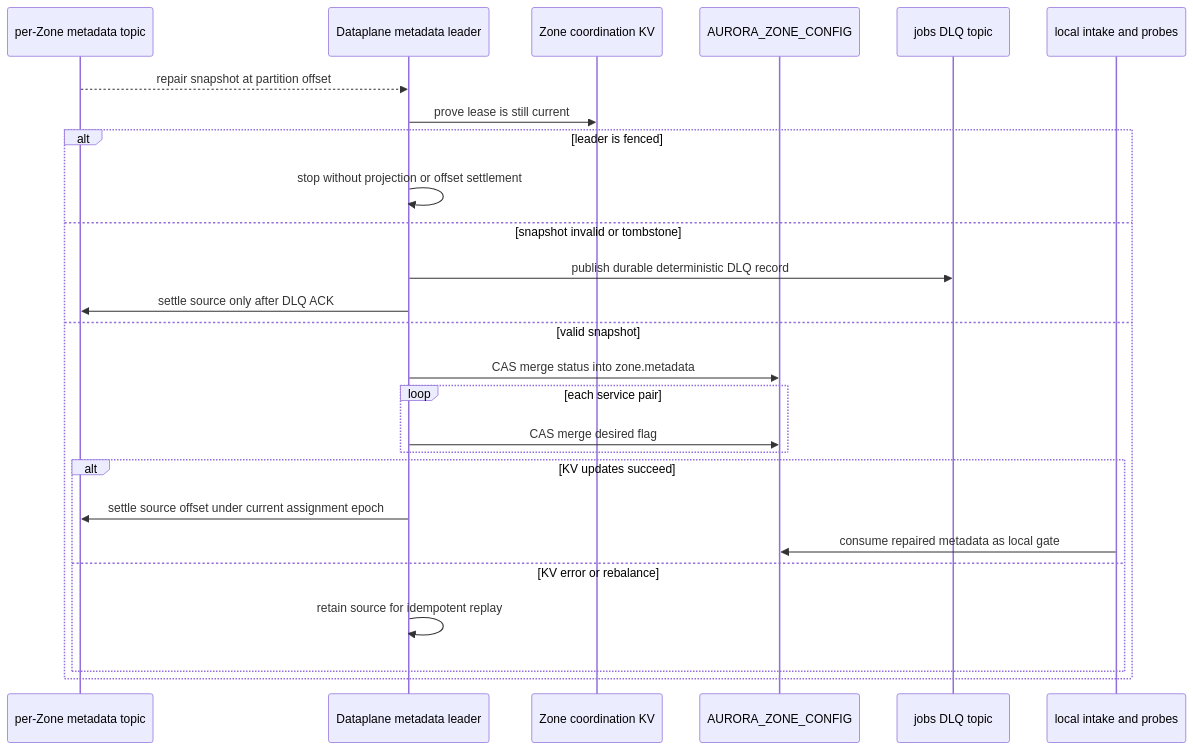
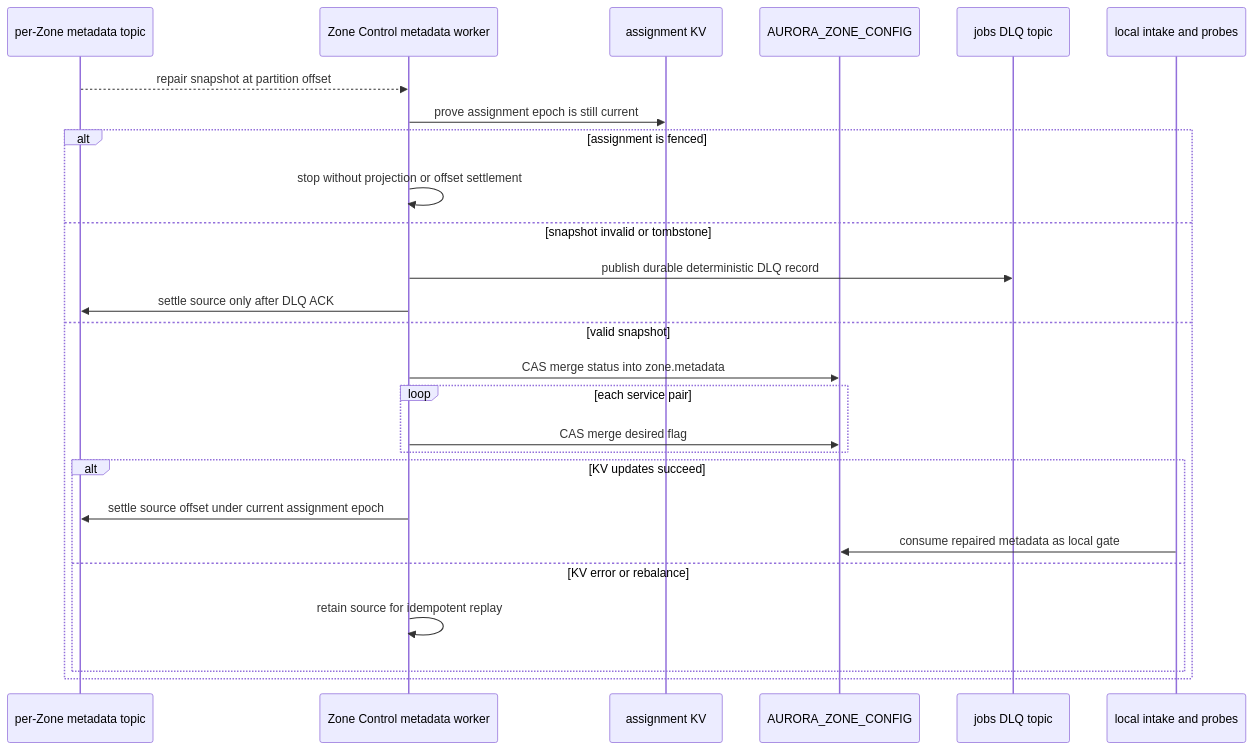
The third of 3 diagrams in god_view/zone_runtime/zone_metadata_repair_god_view_workflow.md (phucle996/aurora), drawn with Mermaid before and after one commit. The commit also changed other lines of this file and 58 other files, not shown here.

Commit message:
refactor(zone): complete distributed control cutover

````diff
--- a/god_view/zone_runtime/zone_metadata_repair_god_view_workflow.md
+++ b/god_view/zone_runtime/zone_metadata_repair_god_view_workflow.md
@@ -173,29 +167,29 @@
 ```mermaid
 sequenceDiagram
     participant KM as per-Zone metadata topic
-    participant DL as Dataplane metadata leader
-    participant CKV as Zone coordination KV
+    participant DL as Zone Control metadata worker
+    participant AKV as assignment KV
     participant KV as AURORA_ZONE_CONFIG
     participant KD as jobs DLQ topic
     participant IN as local intake and probes
 
     KM-->>DL: repair snapshot at partition offset
-    DL->>CKV: prove lease is still current
-    alt leader is fenced
+    DL->>AKV: prove assignment epoch is still current
+    alt assignment is fenced
         DL->>DL: stop without projection or offset settlement
     else snapshot invalid or tombstone
         DL->>KD: publish durable deterministic DLQ record
         DL->>KM: settle source only after DLQ ACK
     else valid snapshot
         DL->>KV: CAS merge status into zone.metadata
         loop each service pair
             DL->>KV: CAS merge desired flag
         end
         alt KV updates succeed
             DL->>KM: settle source offset under current assignment epoch
             IN->>KV: consume repaired metadata as local gate
         else KV error or rebalance
             DL->>DL: retain source for idempotent replay
         end
     end
 ```
````
